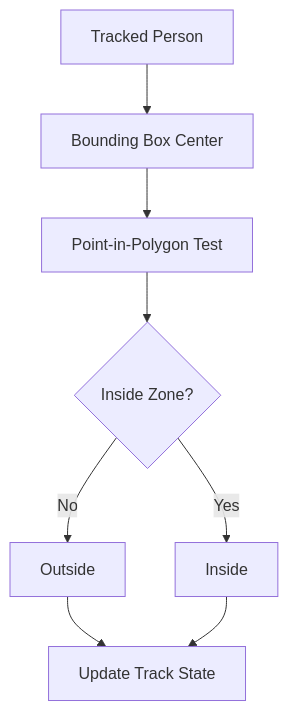
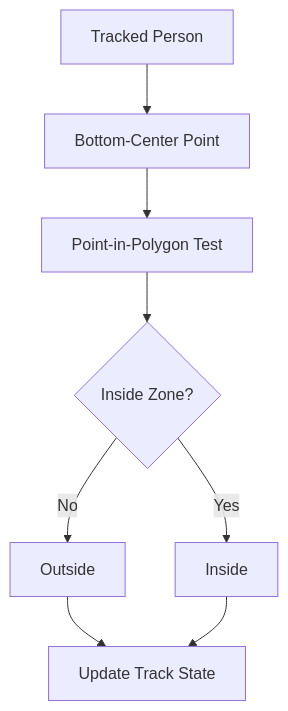
One commit to varunreddy-18/video-surveillance changed the third of 5 diagrams in README.md. Above: the diagram before and after it, drawn with Mermaid. The commit also changed other lines of this file and 5 other files, not shown here.

````diff
--- a/README.md
+++ b/README.md
@@ -123,13 +123,13 @@
 ```mermaid
 flowchart TD
-    A[Tracked Person] --> B[Bounding Box Center]
+    A[Tracked Person] --> B[Bottom-Center Point]
     B --> C[Point-in-Polygon Test]
 
     C --> D{Inside Zone?}
 
     D -->|No| E[Outside]
     D -->|Yes| F[Inside]
 
     E --> G[Update Track State]
     F --> G
 ```
````
